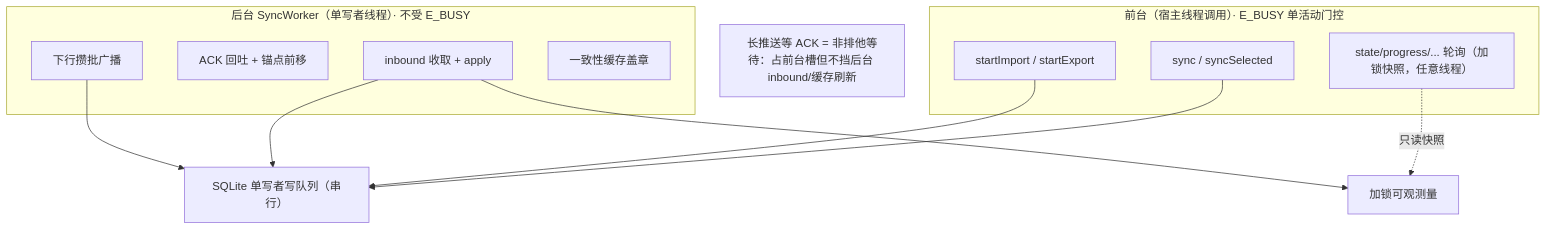
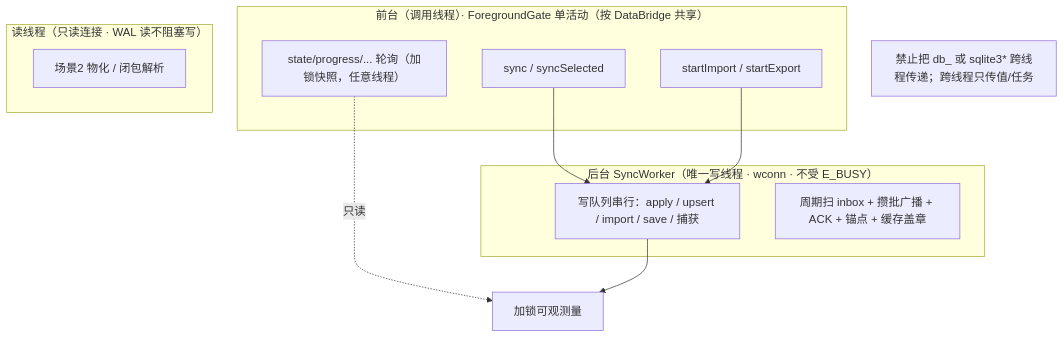
Before and after one commit to 055liufl/excelproject: diagram 11 of 12 in specs/SQLite-同步工具-设计文档.md, drawn with Mermaid. The commit also changed other lines of this file, not shown here.

````diff
--- a/specs/SQLite-同步工具-设计文档.md
+++ b/specs/SQLite-同步工具-设计文档.md
@@ -812,22 +836,20 @@
 ```mermaid
 graph TD
-    subgraph FG["前台（宿主线程调用）· E_BUSY 单活动门控"]
+    subgraph FG["前台（调用线程）· ForegroundGate 单活动（按 DataBridge 共享）"]
         A1["sync / syncSelected"]
         A2["startImport / startExport"]
         A3["state/progress/... 轮询（加锁快照，任意线程）"]
     end
-    subgraph BG["后台 SyncWorker（单写者线程）· 不受 E_BUSY"]
-        B1["inbound 收取 + apply"]
-        B2["ACK 回吐 + 锚点前移"]
-        B3["下行攒批广播"]
-        B4["一致性缓存盖章"]
+    subgraph BG["后台 SyncWorker（唯一写线程 · wconn · 不受 E_BUSY）"]
+        B1["写队列串行：apply / upsert / import / save / 捕获"]
+        B2["周期扫 inbox + 攒批广播 + ACK + 锚点 + 缓存盖章"]
     end
-    WQ["SQLite 单写者写队列（串行）"]
-    A1 --> WQ
-    A2 --> WQ
-    B1 --> WQ
-    B3 --> WQ
-    A3 -. 只读快照 .-> Snap["加锁可观测量"]
-    B1 --> Snap
-    note1["长推送等 ACK = 非排他等待：占前台槽但不挡后台 inbound/缓存刷新"]
+    subgraph RD["读线程（只读连接 · WAL 读不阻塞写）"]
+        R1["场景2 物化 / 闭包解析"]
+    end
+    A1 --> B1
+    A2 --> B1
+    A3 -. 只读 .-> SNAP["加锁可观测量"]
+    B1 --> SNAP
+    note1["禁止把 db_ 或 sqlite3* 跨线程传递；跨线程只传值/任务"]
 ```
````
